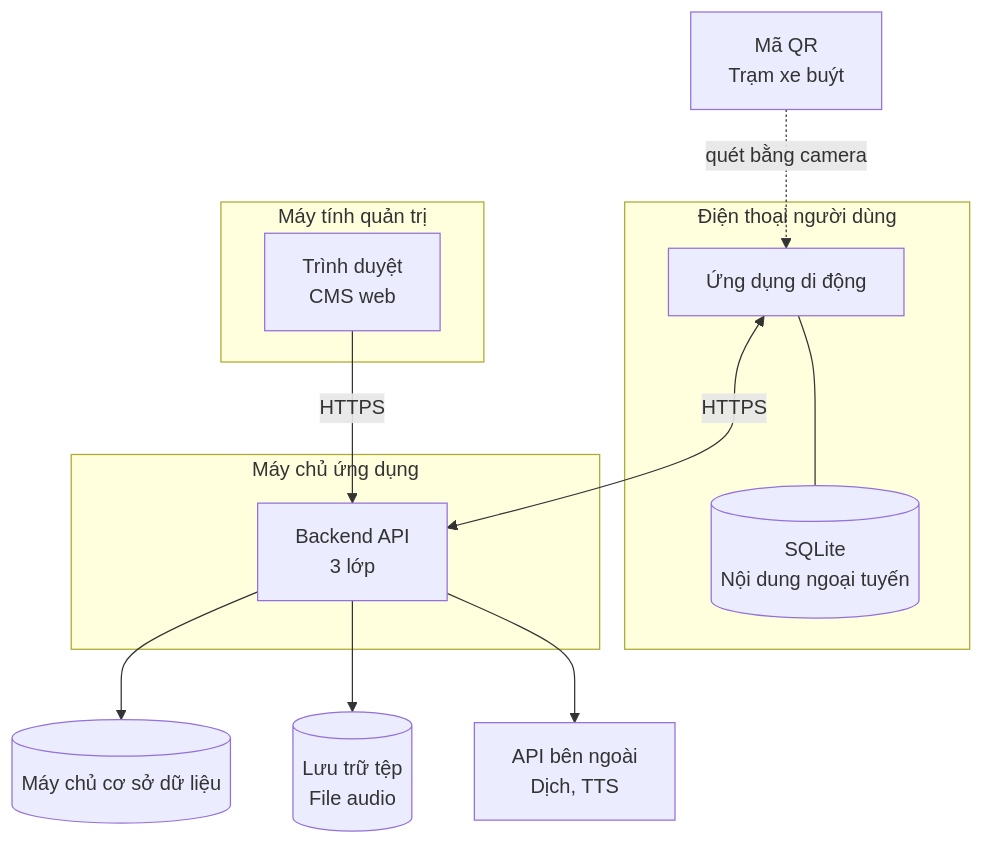
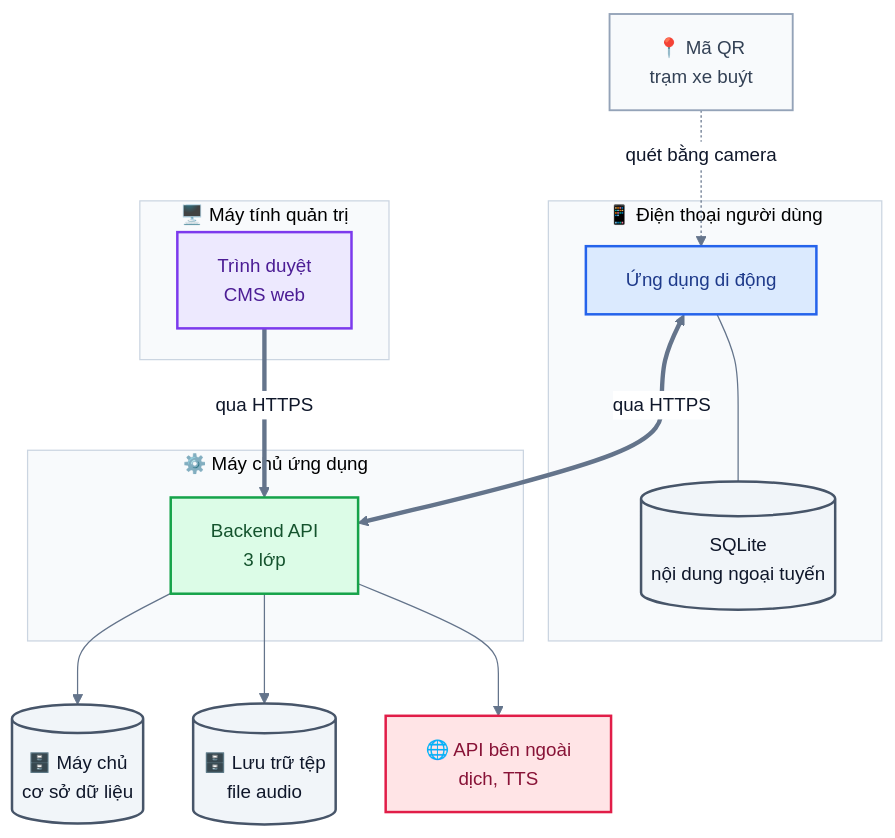
Before and after one commit to AiraLeFatale/CongNghePhanMem_Project: the eighth of 9 diagrams in README.md, drawn with Mermaid. The commit also changed other lines of this file and 181 other files, not shown here.

````diff
--- a/README.md
+++ b/README.md
@@ -138,25 +224,35 @@
 ```mermaid
+%%{init: {"theme":"base","fontFamily":"Helvetica Neue, Arial, sans-serif","themeVariables":{"fontFamily":"Helvetica Neue, Arial, sans-serif","fontSize":"15px","primaryColor":"#EFF6FF","primaryBorderColor":"#3B82F6","primaryTextColor":"#0F172A","lineColor":"#64748B","secondaryColor":"#F0FDF4","tertiaryColor":"#FFFFFF","clusterBkg":"#F8FAFC","clusterBorder":"#CBD5E1","edgeLabelBackground":"#FFFFFF","noteBkgColor":"#FEF9C3","noteBorderColor":"#EAB308","actorBkg":"#DBEAFE","actorBorder":"#2563EB","actorTextColor":"#1E3A8A","signalColor":"#475569","signalTextColor":"#0F172A","labelBoxBkgColor":"#F1F5F9","labelBoxBorderColor":"#94A3B8","activationBkgColor":"#E0F2FE","activationBorderColor":"#0284C7","sequenceNumberColor":"#FFFFFF","pie1":"#16A34A","pie2":"#F59E0B","pie3":"#94A3B8","pie4":"#DC2626","pie5":"#2563EB","pie6":"#7C3AED","pieStrokeColor":"#FFFFFF","pieSectionTextColor":"#FFFFFF","quadrant1Fill":"#FEE2E2","quadrant2Fill":"#FEF3C7","quadrant3Fill":"#DCFCE7","quadrant4Fill":"#FEF3C7","quadrantPointFill":"#1E3A8A","quadrantPointTextFill":"#0F172A","git0":"#1E3A8A","gitBranchLabel0":"#FFFFFF","cScale0":"#DBEAFE","cScale1":"#DCFCE7","cScale2":"#EDE9FE","cScale3":"#FEF3C7","cScale4":"#FFE4E6","cScale5":"#E0F2FE","cScale6":"#F1F5F9"},"flowchart":{"curve":"basis","padding":16,"nodeSpacing":40,"rankSpacing":50},"sequence":{"showSequenceNumbers":true,"mirrorActors":false}}}%%
 flowchart TB
-    subgraph PHONE["Điện thoại người dùng"]
-        APP["Ứng dụng di động"]
-        SQLITE[("SQLite<br/>Nội dung ngoại tuyến")]
+    STOP["📍 Mã QR<br/>trạm xe buýt"]:::neutral
+    subgraph PHONE["📱 Điện thoại người dùng"]
+        APP["Ứng dụng di động"]:::mobile
+        SQLITE[("SQLite<br/>nội dung ngoại tuyến")]:::data
     end
-    subgraph ADMIN["Máy tính quản trị"]
-        BROWSER["Trình duyệt<br/>CMS web"]
+    subgraph ADMIN["🖥️ Máy tính quản trị"]
+        BROWSER["Trình duyệt<br/>CMS web"]:::cms
     end
-    STOP["Mã QR<br/>Trạm xe buýt"]
-    subgraph SERVER["Máy chủ ứng dụng"]
-        API["Backend API<br/>3 lớp"]
+    subgraph SERVER["⚙️ Máy chủ ứng dụng"]
+        API["Backend API<br/>3 lớp"]:::backend
     end
-    DB[("Máy chủ cơ sở dữ liệu")]
-    FS[("Lưu trữ tệp<br/>File audio")]
-    EXT["API bên ngoài<br/>Dịch, TTS"]
+    DB[("🗄️ Máy chủ<br/>cơ sở dữ liệu")]:::data
+    FS[("🗄️ Lưu trữ tệp<br/>file audio")]:::data
+    EXT["🌐 API bên ngoài<br/>dịch, TTS"]:::ext
 
-    STOP -.->|"quét bằng camera"| APP
+    STOP -. "quét bằng camera" .-> APP
     APP --- SQLITE
-    APP <-->|HTTPS| API
-    BROWSER -->|HTTPS| API
+    APP <== "qua HTTPS" ==> API
+    BROWSER == "qua HTTPS" ==> API
     API --> DB
     API --> FS
     API --> EXT
+    style PHONE fill:#F8FAFC,stroke:#CBD5E1
+    style ADMIN fill:#F8FAFC,stroke:#CBD5E1
+    style SERVER fill:#F8FAFC,stroke:#CBD5E1
+    classDef mobile fill:#DBEAFE,stroke:#2563EB,stroke-width:2px,color:#1E3A8A
+    classDef cms fill:#EDE9FE,stroke:#7C3AED,stroke-width:2px,color:#4C1D95
+    classDef backend fill:#DCFCE7,stroke:#16A34A,stroke-width:2px,color:#14532D
+    classDef ext fill:#FFE4E6,stroke:#E11D48,stroke-width:2px,color:#881337
+    classDef data fill:#F1F5F9,stroke:#475569,stroke-width:2px,color:#0F172A
+    classDef neutral fill:#F8FAFC,stroke:#94A3B8,stroke-width:1.5px,color:#334155
 ```
````
